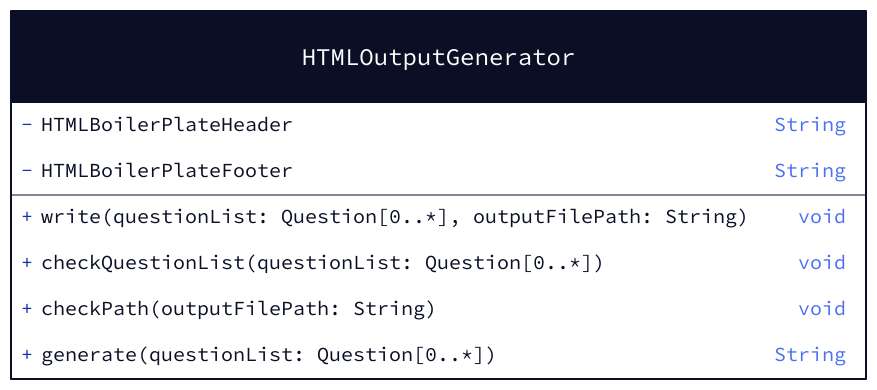
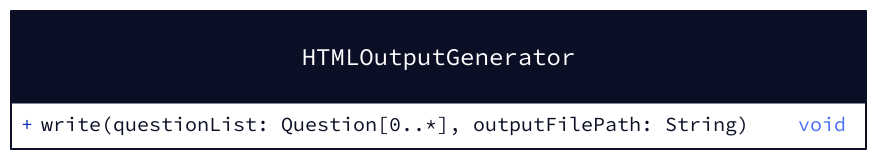
Before and after one commit to MatteV02/quiz_maker: the diagram in API documentation/HTMLOutputGenerator/HTMLOutputGenerator.d2, drawn with D2. The commit also changed 7 other files, not shown here.

```diff
--- a/API documentation/HTMLOutputGenerator/HTMLOutputGenerator.d2
+++ b/API documentation/HTMLOutputGenerator/HTMLOutputGenerator.d2
@@ -1,11 +1,5 @@
 HTMLOutputGenerator {
     shape: class
 
-    - HTMLBoilerPlateHeader: String
-    - HTMLBoilerPlateFooter: String
-
     + write(questionList\: Question\[0\.\.\*\], outputFilePath\: String)
-    + checkQuestionList(questionList\: Question\[0\.\.\*\])
-    + checkPath(outputFilePath\: String)
-    + generate(questionList\: Question\[0\.\.\*\]): String
 }
```
